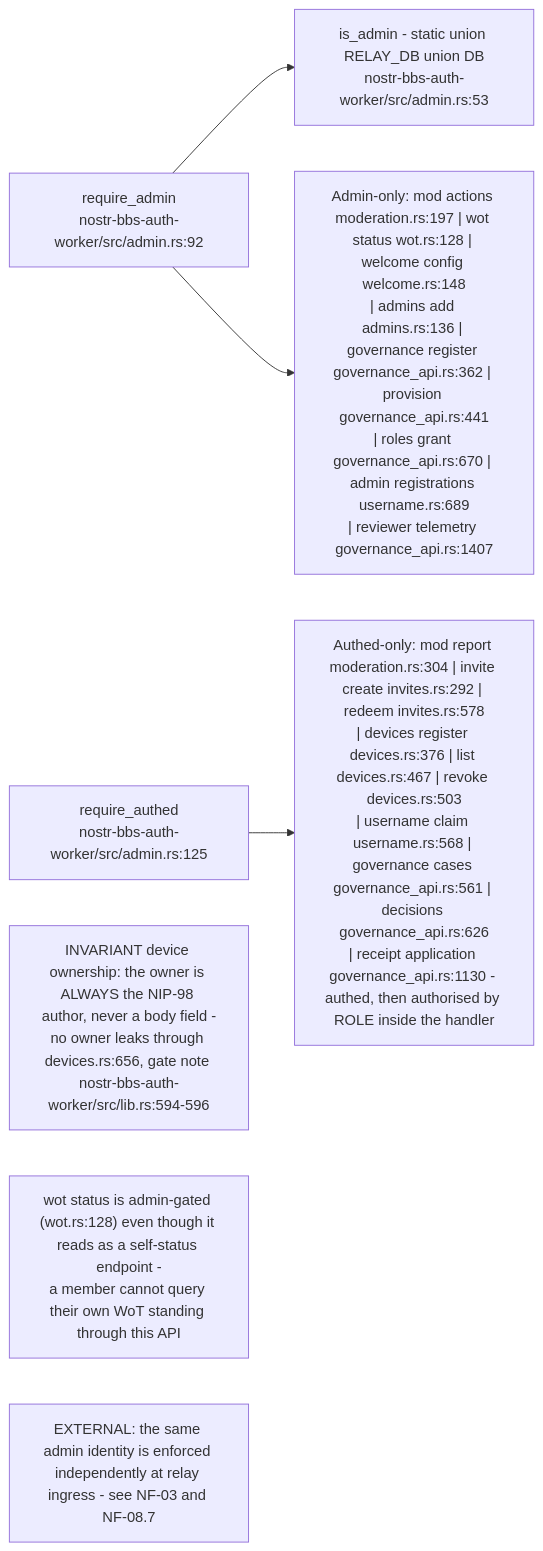
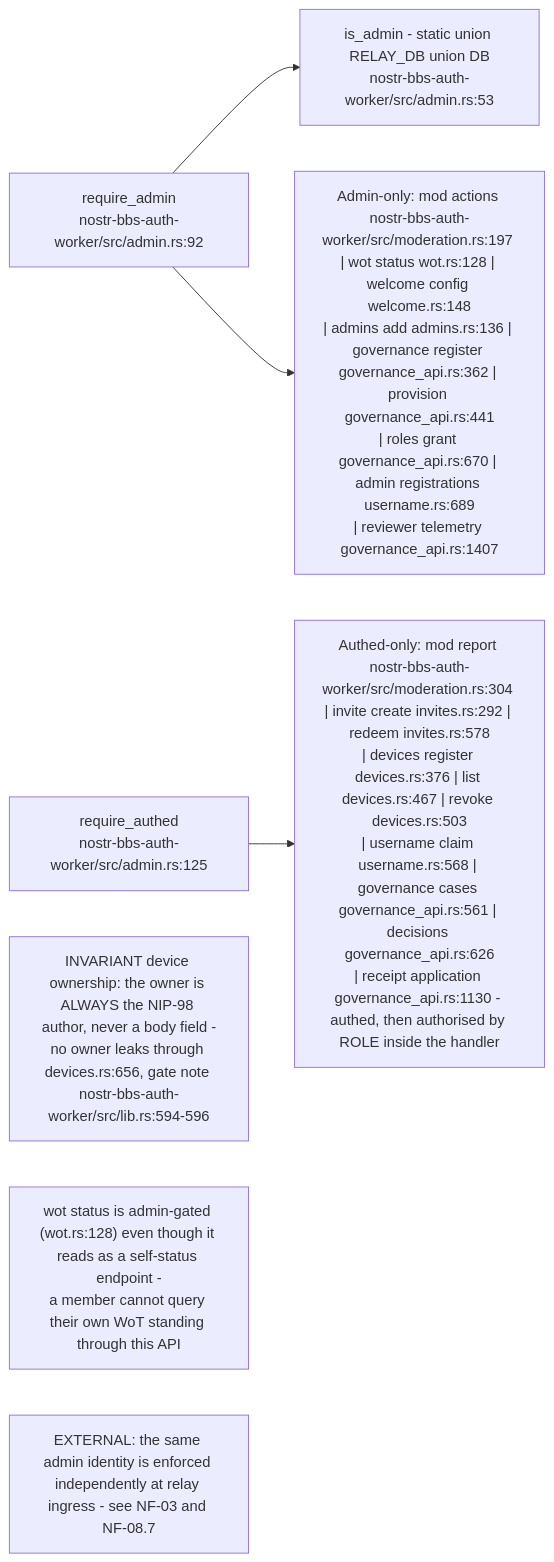
One commit to DreamLab-AI/VisionFlow changed the sixth of 10 diagrams in docs/diagrams/nostr-rust-forum/02-auth-worker-passkey-nip98-and-membership.md. Above: the diagram before and after it, drawn with Mermaid. The commit also changed other lines of this file and 13 other files, not shown here.

First line of the commit message:
diagrams(nostr-rust-forum): fold the last kit-only diagram content into the corpus

````diff
--- a/docs/diagrams/nostr-rust-forum/02-auth-worker-passkey-nip98-and-membership.md
+++ b/docs/diagrams/nostr-rust-forum/02-auth-worker-passkey-nip98-and-membership.md
@@ -217,17 +222,17 @@
 ```mermaid
 flowchart LR
     RA["require_admin<br/>nostr-bbs-auth-worker/src/admin.rs:92"]
     RU["require_authed<br/>nostr-bbs-auth-worker/src/admin.rs:125"]
     ISA["is_admin - static union RELAY_DB union DB<br/>nostr-bbs-auth-worker/src/admin.rs:53"]
 
     RA --> ISA
-    ADMINONLY["Admin-only: mod actions moderation.rs:197 | wot status wot.rs:128 | welcome config welcome.rs:148<br/>| admins add admins.rs:136 | governance register governance_api.rs:362 | provision governance_api.rs:441<br/>| roles grant governance_api.rs:670 | admin registrations username.rs:689<br/>| reviewer telemetry governance_api.rs:1407"]
-    AUTHED["Authed-only: mod report moderation.rs:304 | invite create invites.rs:292 | redeem invites.rs:578<br/>| devices register devices.rs:376 | list devices.rs:467 | revoke devices.rs:503<br/>| username claim username.rs:568 | governance cases governance_api.rs:561 | decisions governance_api.rs:626<br/>| receipt application governance_api.rs:1130 - authed, then authorised by ROLE inside the handler"]
+    ADMINONLY["Admin-only: mod actions nostr-bbs-auth-worker/src/moderation.rs:197 | wot status wot.rs:128 | welcome config welcome.rs:148<br/>| admins add admins.rs:136 | governance register governance_api.rs:362 | provision governance_api.rs:441<br/>| roles grant governance_api.rs:670 | admin registrations username.rs:689<br/>| reviewer telemetry governance_api.rs:1407"]
+    AUTHED["Authed-only: mod report nostr-bbs-auth-worker/src/moderation.rs:304 | invite create invites.rs:292 | redeem invites.rs:578<br/>| devices register devices.rs:376 | list devices.rs:467 | revoke devices.rs:503<br/>| username claim username.rs:568 | governance cases governance_api.rs:561 | decisions governance_api.rs:626<br/>| receipt application governance_api.rs:1130 - authed, then authorised by ROLE inside the handler"]
 
     RA --> ADMINONLY
     RU --> AUTHED
 
     N1["INVARIANT device ownership: the owner is ALWAYS the NIP-98 author, never a body field -<br/>no owner leaks through devices.rs:656, gate note nostr-bbs-auth-worker/src/lib.rs:594-596"]
     N2["wot status is admin-gated (wot.rs:128) even though it reads as a self-status endpoint -<br/>a member cannot query their own WoT standing through this API"]
     N3["EXTERNAL: the same admin identity is enforced independently at relay ingress - see NF-03 and NF-08.7"]
 ```
````
